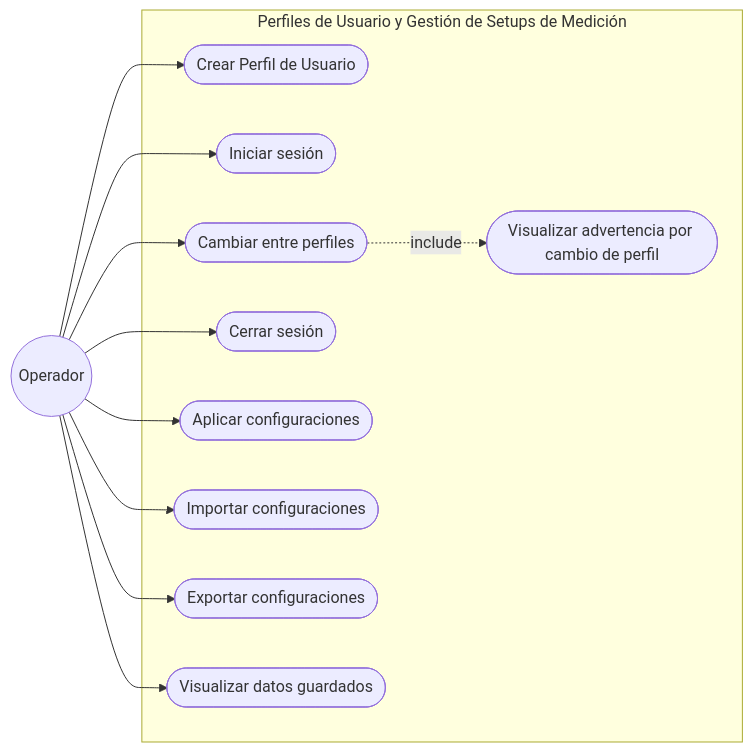
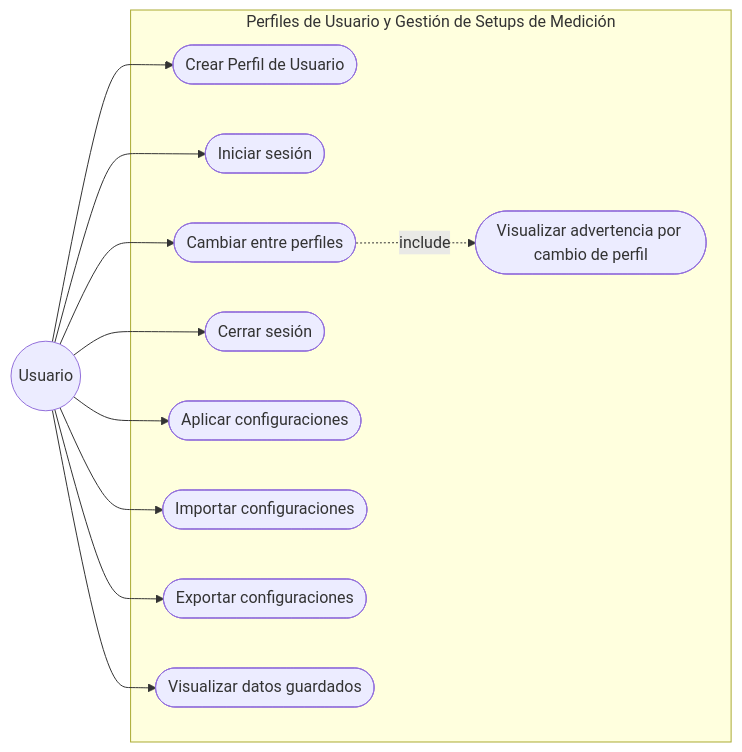
One commit to alegrelias/Repo-GMini changed the fourth of 5 diagrams in Gmini-MarkDown/Diagramas/Casos de Uso.md. Above: the diagram before and after it, drawn with Mermaid.

Commit message:
Se modifica diagrama de casos de uso

````diff
--- a/Gmini-MarkDown/Diagramas/Casos de Uso.md
+++ b/Gmini-MarkDown/Diagramas/Casos de Uso.md
@@ -94,32 +94,32 @@
 ```mermaid
 flowchart LR
 %% Actores
-Operador((Operador))
+Usuario((Usuario))
 
 subgraph Perfiles de Usuario y Gestión de Setups de Medición
 	CU1([Crear Perfil de Usuario])
 	CU2([Iniciar sesión])
 	CU3([Cambiar entre perfiles])
 	CU4([Cerrar sesión])
 	CU5([Visualizar advertencia por cambio de perfil])
 	CU6([Aplicar configuraciones])
 	CU7([Importar configuraciones])
 	CU8([Exportar configuraciones])
 	CU9([Visualizar datos guardados])
 end
 
 %% Asociaciones
-Operador --> CU1
-Operador --> CU2
-Operador --> CU3
-Operador --> CU4
-Operador --> CU6
-Operador --> CU7
-Operador --> CU8
-Operador --> CU9
+Usuario --> CU1
+Usuario --> CU2
+Usuario --> CU3
+Usuario --> CU4
+Usuario --> CU6
+Usuario --> CU7
+Usuario --> CU8
+Usuario --> CU9
 
 
 %% Relaciones Include/Extend
 
 CU3 -.include.-> CU5
 ```
````
